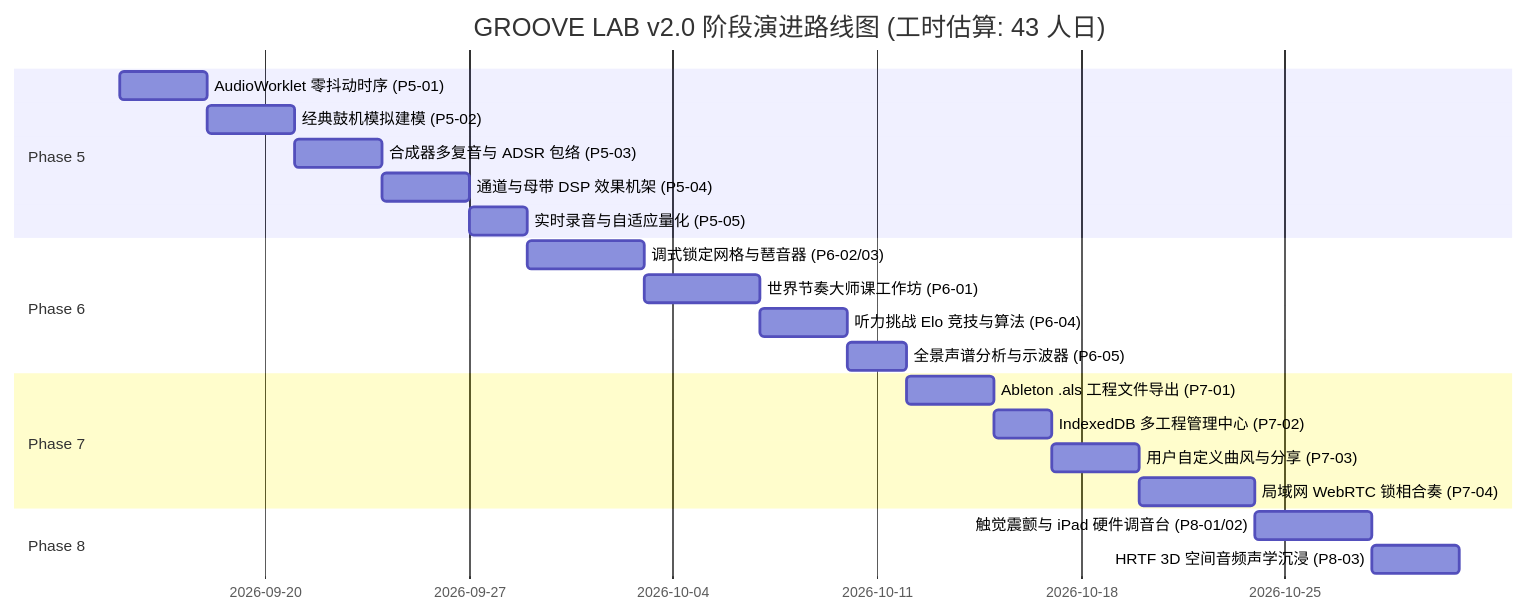
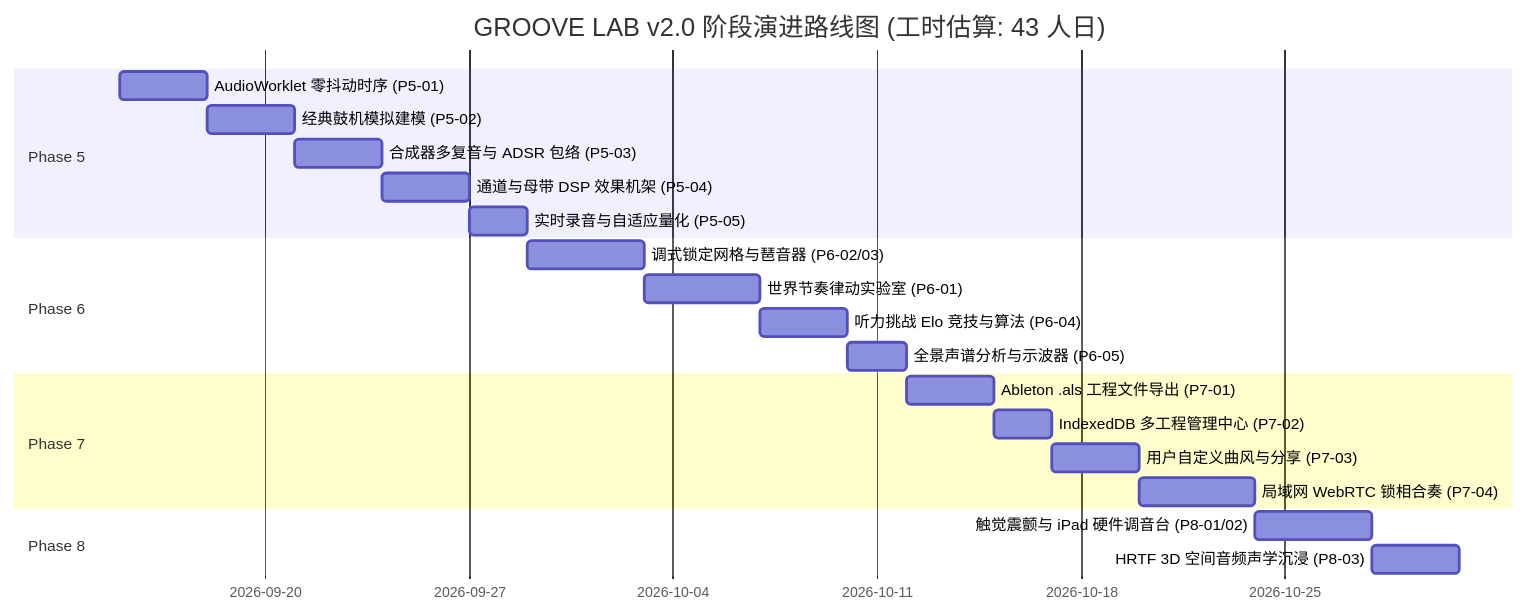
One commit to gradetwo/groove changed the second of 2 diagrams in ROADMAP_V2.md. Above: the diagram before and after it, drawn with Mermaid. The commit also changed other lines of this file and 27 other files, not shown here.

````diff
--- a/ROADMAP_V2.md
+++ b/ROADMAP_V2.md
@@ -84,24 +84,24 @@
 ```mermaid
 gantt
     title GROOVE LAB v2.0 阶段演进路线图 (工时估算: 43 人日)
     dateFormat  YYYY-MM-DD
     section Phase 5
     AudioWorklet 零抖动时序 (P5-01)          :p5_1, 2026-09-15, 3d
     经典鼓机模拟建模 (P5-02)                :p5_2, after p5_1, 3d
     合成器多复音与 ADSR 包络 (P5-03)         :p5_3, after p5_2, 3d
     通道与母带 DSP 效果机架 (P5-04)         :p5_4, after p5_3, 3d
     实时录音与自适应量化 (P5-05)            :p5_5, after p5_4, 2d
     section Phase 6
     调式锁定网格与琶音器 (P6-02/03)         :p6_1, after p5_5, 4d
-    世界节奏大师课工作坊 (P6-01)            :p6_2, after p6_1, 4d
+    世界节奏律动实验室 (P6-01)            :p6_2, after p6_1, 4d
     听力挑战 Elo 竞技与算法 (P6-04)          :p6_3, after p6_2, 3d
     全景声谱分析与示波器 (P6-05)             :p6_4, after p6_3, 2d
     section Phase 7
     Ableton .als 工程文件导出 (P7-01)       :p7_1, after p6_4, 3d
     IndexedDB 多工程管理中心 (P7-02)        :p7_2, after p7_1, 2d
     用户自定义曲风与分享 (P7-03)            :p7_3, after p7_2, 3d
     局域网 WebRTC 锁相合奏 (P7-04)          :p7_4, after p7_3, 4d
     section Phase 8
     触觉震颤与 iPad 硬件调音台 (P8-01/02)    :p8_1, after p7_4, 4d
     HRTF 3D 空间音频声学沉浸 (P8-03)         :p8_2, after p8_1, 3d
 ```
````
